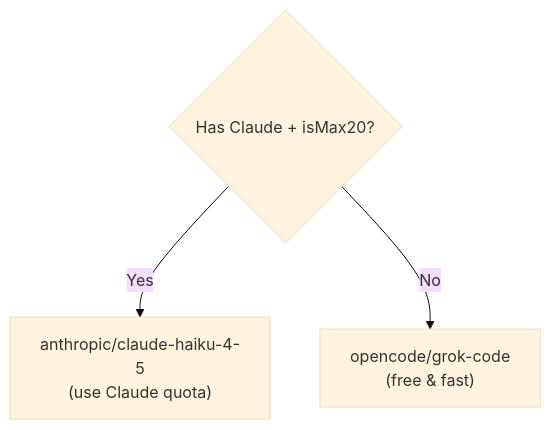
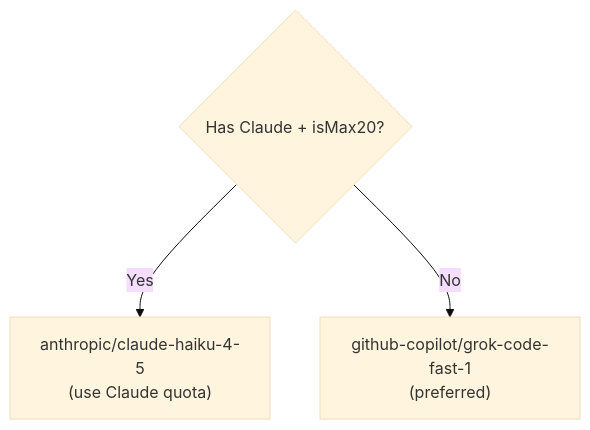
Before and after one commit to arcthur/oh-my-opencode: the second of 3 diagrams in docs/reference/configuration.md, drawn with Mermaid (base theme). The commit also changed other lines of this file and 43 other files, not shown here.

````diff
--- a/docs/reference/configuration.md
+++ b/docs/reference/configuration.md
@@ -504,6 +504,6 @@
 ```mermaid
 flowchart TD
   Q{"Has Claude + isMax20?"}
   Q -->|Yes| H["anthropic/claude-haiku-4-5\n(use Claude quota)"]
-  Q -->|No| GK["opencode/grok-code\n(free & fast)"]
+  Q -->|No| GK["github-copilot/grok-code-fast-1\n(preferred)"]
 ```
````
